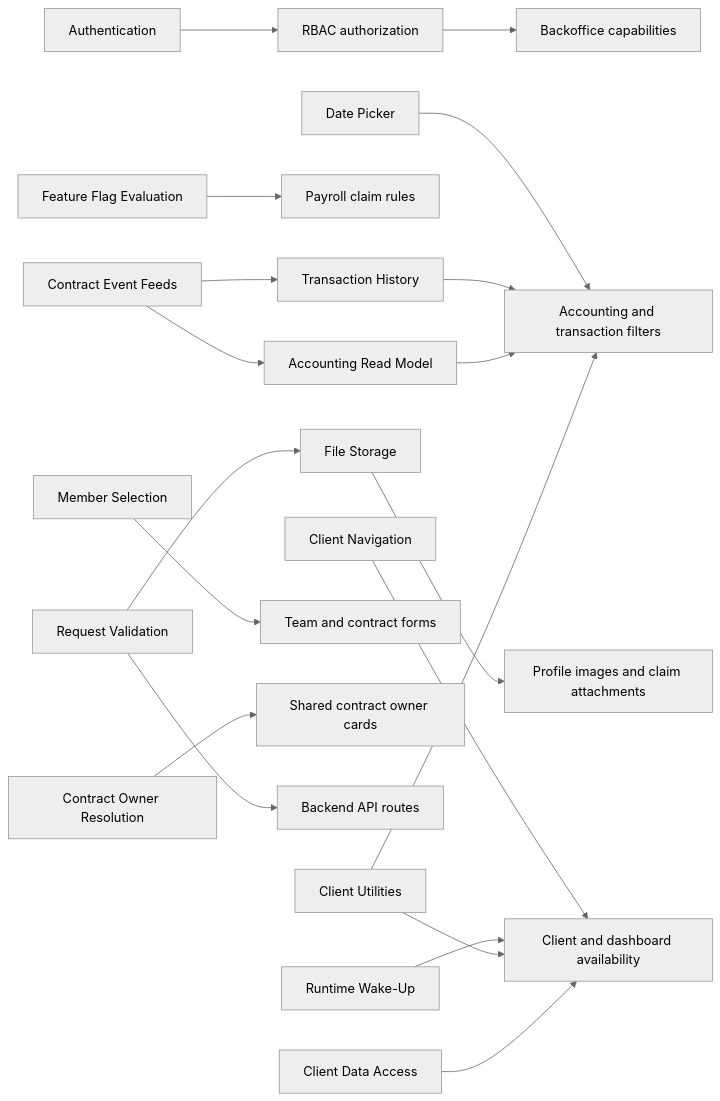
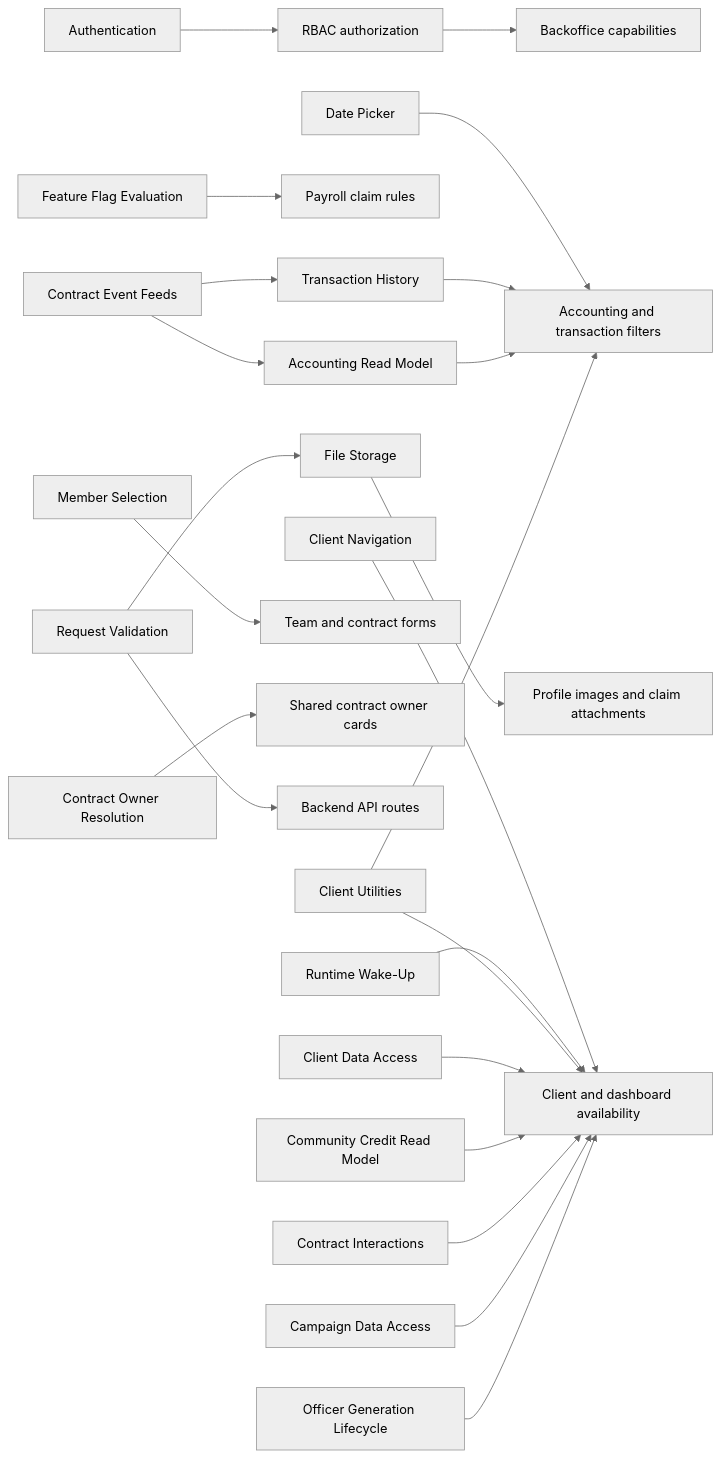
Before and after one commit to globe-and-citizen/cnc-portal: the diagram in docs/implementation/README.md, drawn with Mermaid (neutral theme). The commit also changed other lines of this file and 12 other files, not shown here.

````diff
--- a/docs/implementation/README.md
+++ b/docs/implementation/README.md
@@ -17,21 +17,25 @@
 ```mermaid
 flowchart LR
   auth[Authentication] --> rbac[RBAC authorization]
   rbac --> backoffice[Backoffice capabilities]
   navigation[Client Navigation] --> client[Client feature entry points]
   flags[Feature Flag Evaluation] --> payroll[Payroll claim rules]
   wake[Runtime Wake-Up] --> client[Client and dashboard availability]
   datePicker[Date Picker] --> reports[Accounting and transaction filters]
   contractEvents[Contract Event Feeds] --> transactionHistory
   transactionHistory[Transaction History] --> reports
   contractEvents --> accountingReadModel
   accountingReadModel[Accounting Read Model] --> reports
   selection[Member Selection] --> forms[Team and contract forms]
   owner[Contract Owner Resolution] --> cards[Shared contract owner cards]
   requestValidation[Request Validation] --> api[Backend API routes]
   fileStorage[File Storage] --> uploads[Profile images and claim attachments]
   requestValidation --> fileStorage
   utilities[Client Utilities] --> client
   utilities --> reports
   dataAccess[Client Data Access] --> client
+  creditReadModel[Community Credit Read Model] --> client
+  contractInteractions[Contract Interactions] --> client
+  campaignData[Campaign Data Access] --> client
+  officerLifecycle[Officer Generation Lifecycle] --> client
 ```
````
